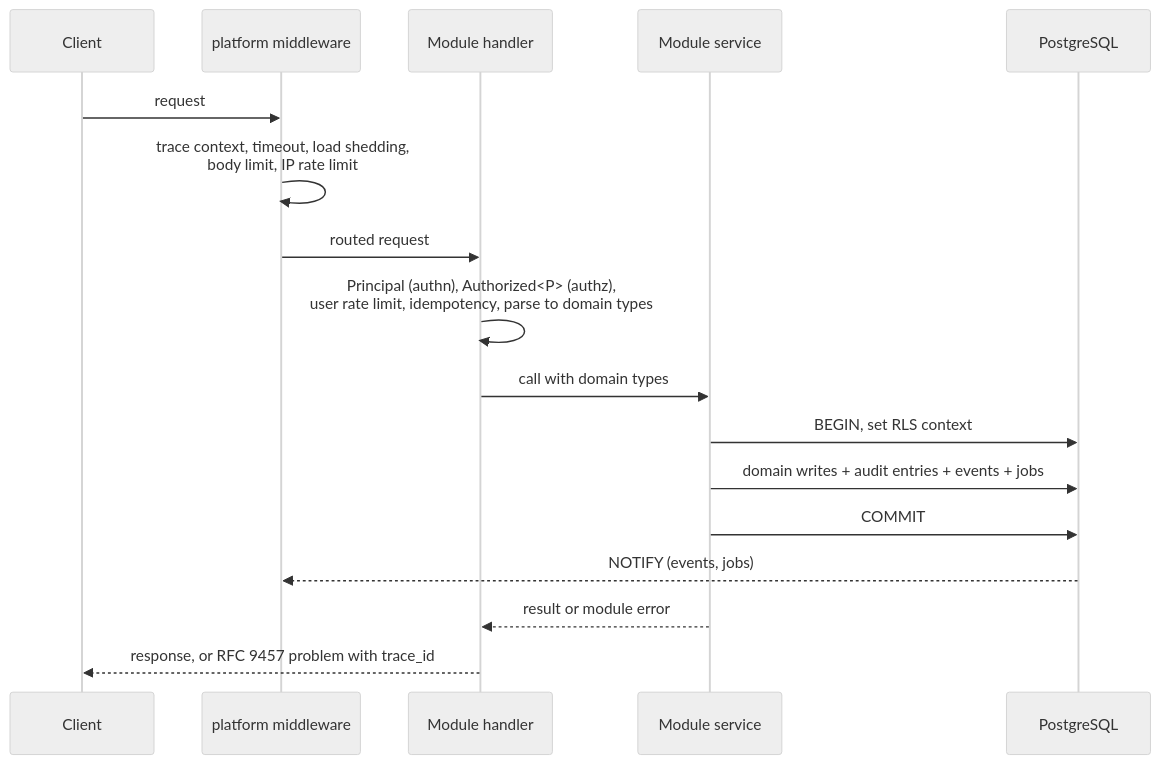
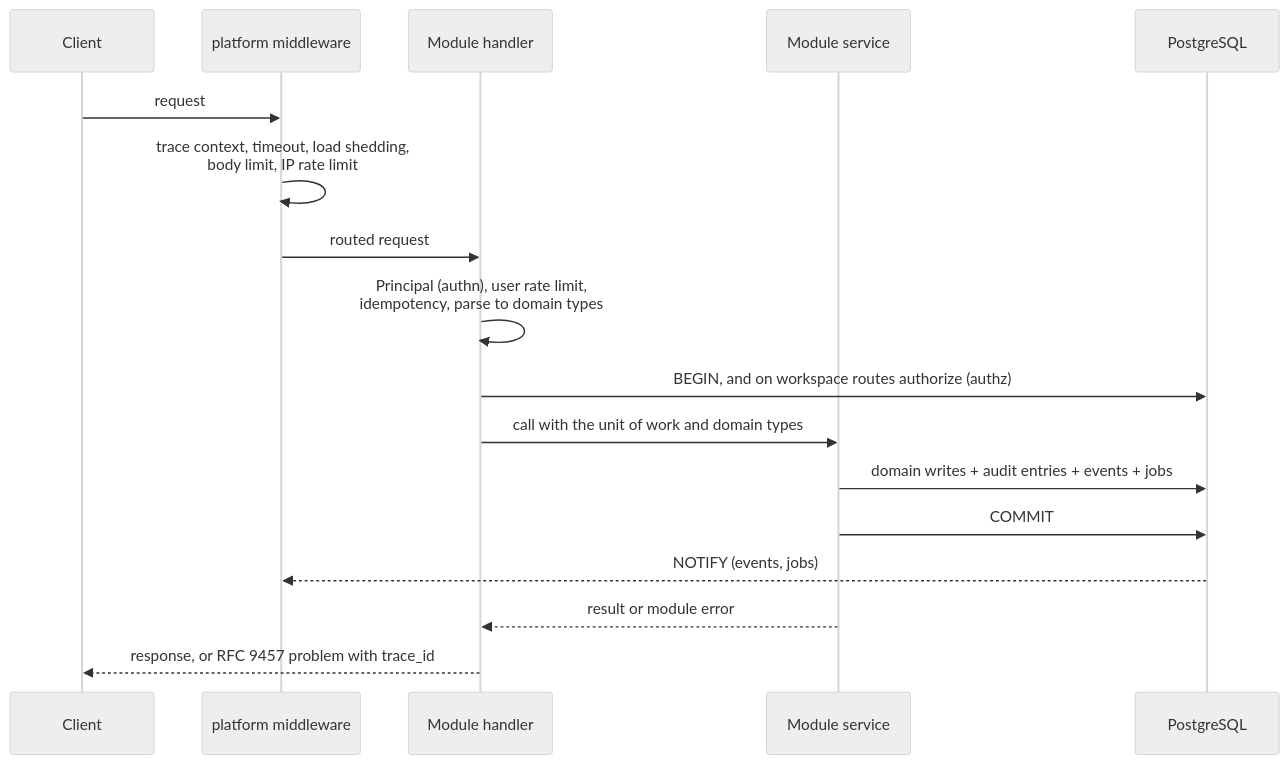
Before and after one commit to Grebyn35/AntWorker-API-Rust: the third of 3 diagrams in docs/architecture.md, drawn with Mermaid (neutral theme). The commit also changed other lines of this file and 20 other files, not shown here.

````diff
--- a/docs/architecture.md
+++ b/docs/architecture.md
@@ -178,19 +178,19 @@
 ```mermaid
 sequenceDiagram
   participant C as Client
   participant P as platform middleware
   participant H as Module handler
   participant S as Module service
   participant DB as PostgreSQL
   C->>P: request
   P->>P: trace context, timeout, load shedding,<br/>body limit, IP rate limit
   P->>H: routed request
-  H->>H: Principal (authn), Authorized<P> (authz),<br/>user rate limit, idempotency, parse to domain types
-  H->>S: call with domain types
-  S->>DB: BEGIN, set RLS context
+  H->>H: Principal (authn), user rate limit,<br/>idempotency, parse to domain types
+  H->>DB: BEGIN, and on workspace routes authorize (authz)
+  H->>S: call with the unit of work and domain types
   S->>DB: domain writes + audit entries + events + jobs
   S->>DB: COMMIT
   DB-->>P: NOTIFY (events, jobs)
   S-->>H: result or module error
   H-->>C: response, or RFC 9457 problem with trace_id
 ```
````
